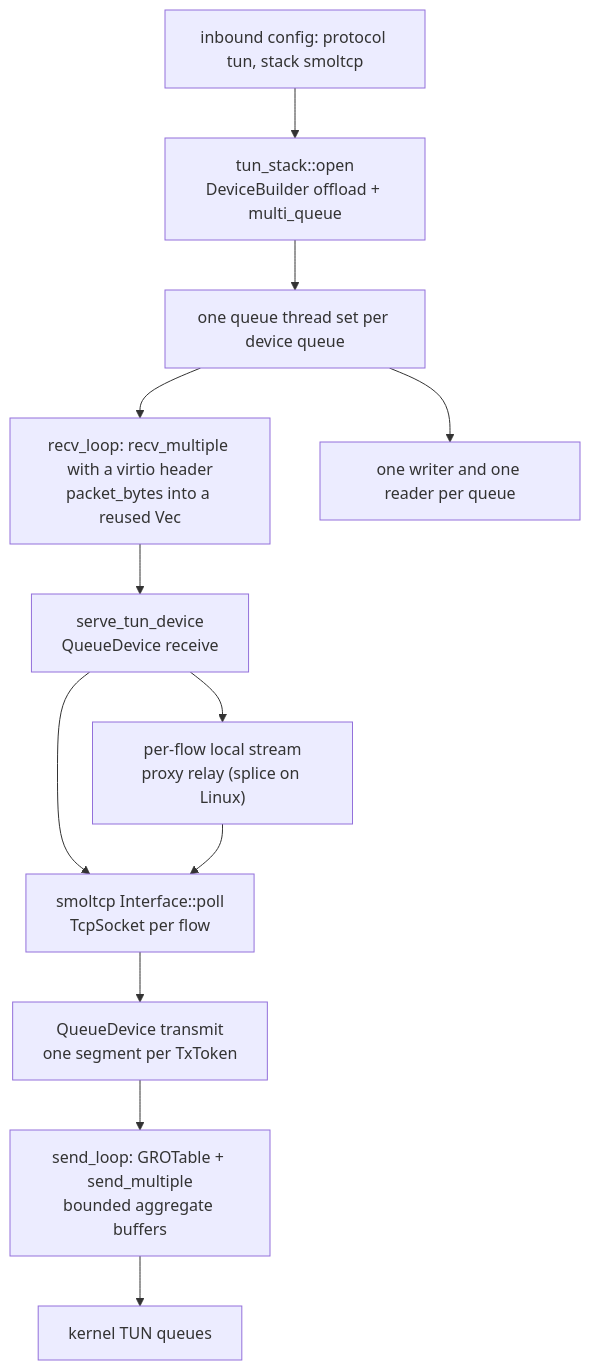
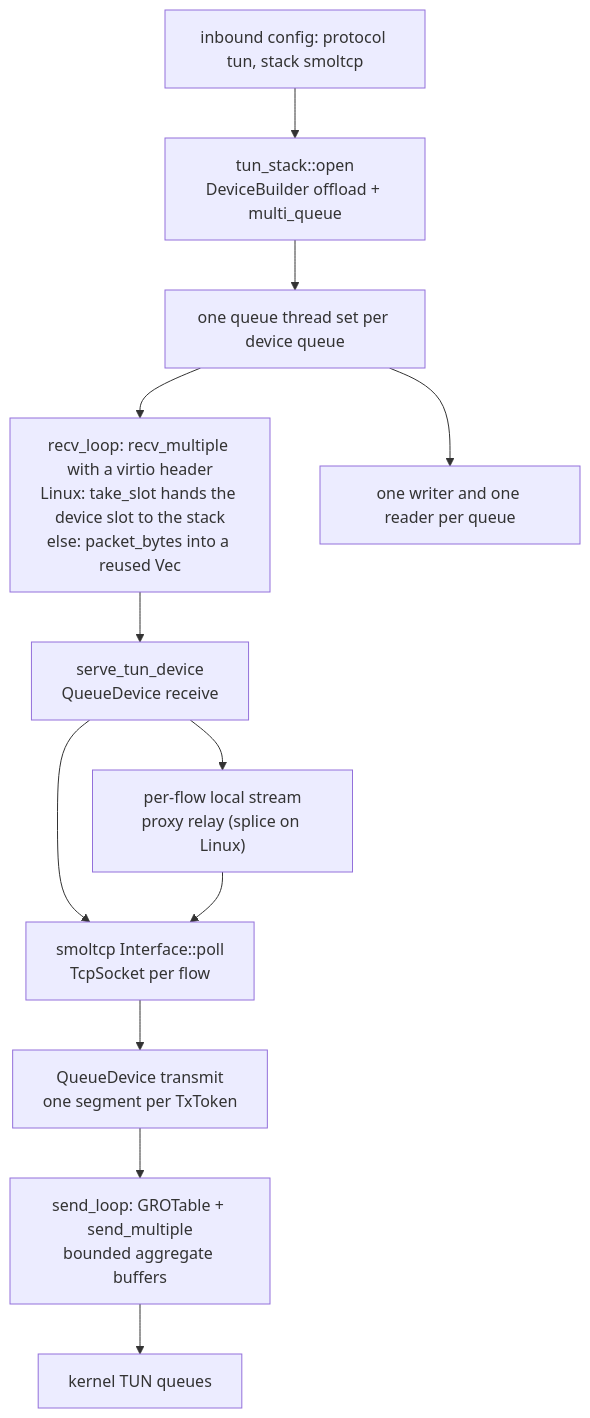
The first of 2 diagrams in docs/function/front-tun-smoltcp.md (Ferrocite/ferrox), drawn with Mermaid before and after one commit. The commit also changed other lines of this file and 6 other files, not shown here.

Commit message:
tun: hand the reader's slot to the stack (#1675)

````diff
--- a/docs/function/front-tun-smoltcp.md
+++ b/docs/function/front-tun-smoltcp.md
@@ -11,14 +11,14 @@
 ```mermaid
 graph TD
     A["inbound config: protocol tun, stack smoltcp"] --> B["tun_stack::open<br/>DeviceBuilder offload + multi_queue"]
     B --> C["one queue thread set per device queue"]
-    C --> R["recv_loop: recv_multiple with a virtio header<br/>packet_bytes into a reused Vec"]
+    C --> R["recv_loop: recv_multiple with a virtio header<br/>Linux: take_slot hands the device slot to the stack<br/>else: packet_bytes into a reused Vec"]
     R --> S["serve_tun_device<br/>QueueDevice receive"]
     S --> T["smoltcp Interface::poll<br/>TcpSocket per flow"]
     T --> U["QueueDevice transmit<br/>one segment per TxToken"]
     U --> W["send_loop: GROTable + send_multiple<br/>bounded aggregate buffers"]
     W --> K["kernel TUN queues"]
     S --> P["per-flow local stream<br/>proxy relay (splice on Linux)"]
     P --> T
     C --> X["one writer and one reader per queue"]
 ```
````
